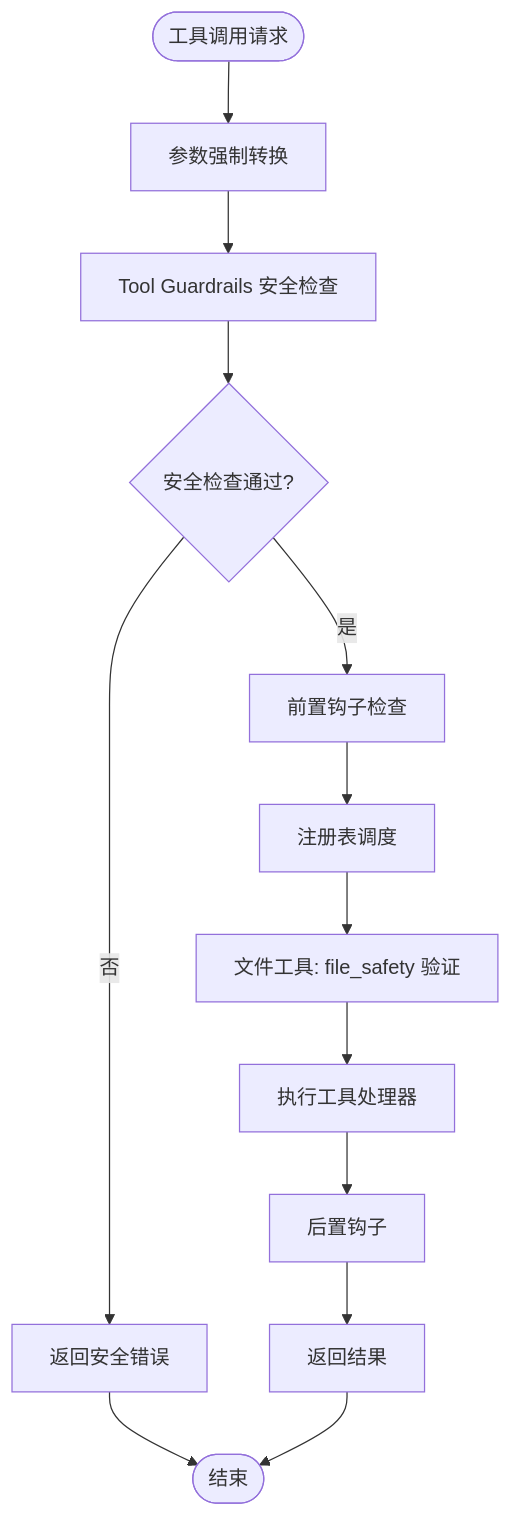
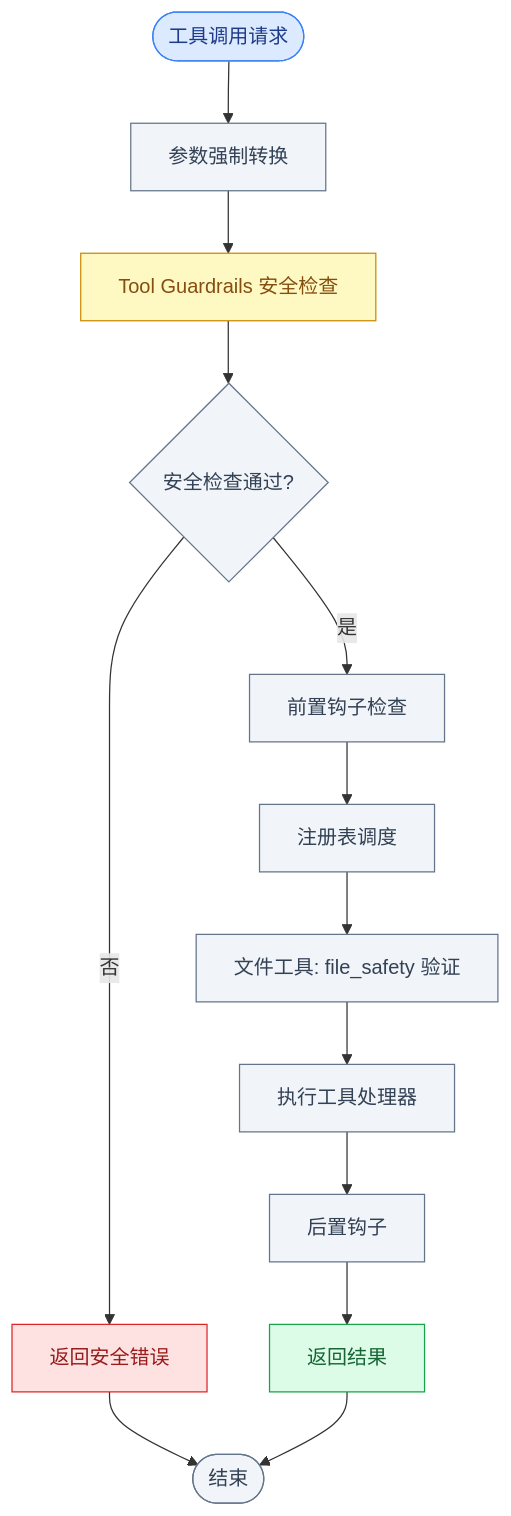
Before and after one commit to pty819/hermes-docs: the fourth of 6 diagrams in chapters/tool-system.rst, drawn with Mermaid. The commit also changed other lines of this file and 27 other files, not shown here.

```diff
--- a/chapters/tool-system.rst
+++ b/chapters/tool-system.rst
@@ -1182,15 +1206,27 @@
 .. mermaid::
 
     flowchart TD
+        classDef start fill:#dbeafe,stroke:#3b82f6,color:#1e3a8a
+        classDef success fill:#dcfce7,stroke:#16a34a,color:#166534
+        classDef warn fill:#fef9c3,stroke:#ca8a04,color:#854d0e
+        classDef fail fill:#fee2e2,stroke:#dc2626,color:#991b1b
+        classDef info fill:#f1f5f9,stroke:#64748b,color:#334155
+
         Start([工具调用请求]) --> Coerce[参数强制转换]
         Coerce --> Guardrails[Tool Guardrails 安全检查]
         Guardrails --> CheckResult{安全检查通过?}
         CheckResult -->|否| ReturnError[返回安全错误]
         CheckResult -->|是| PreHook[前置钩子检查]
         PreHook --> Dispatch[注册表调度]
         Dispatch --> FileSafety[文件工具: file_safety 验证]
         FileSafety --> Execute[执行工具处理器]
         Execute --> PostHook[后置钩子]
         PostHook --> ReturnResult[返回结果]
         ReturnError --> End([结束])
         ReturnResult --> End
+
+        class Start start
+        class ReturnResult success
+        class ReturnError fail
+        class Guardrails warn
+        class Coerce,CheckResult,PreHook,Dispatch,FileSafety,Execute,PostHook,End info
```
